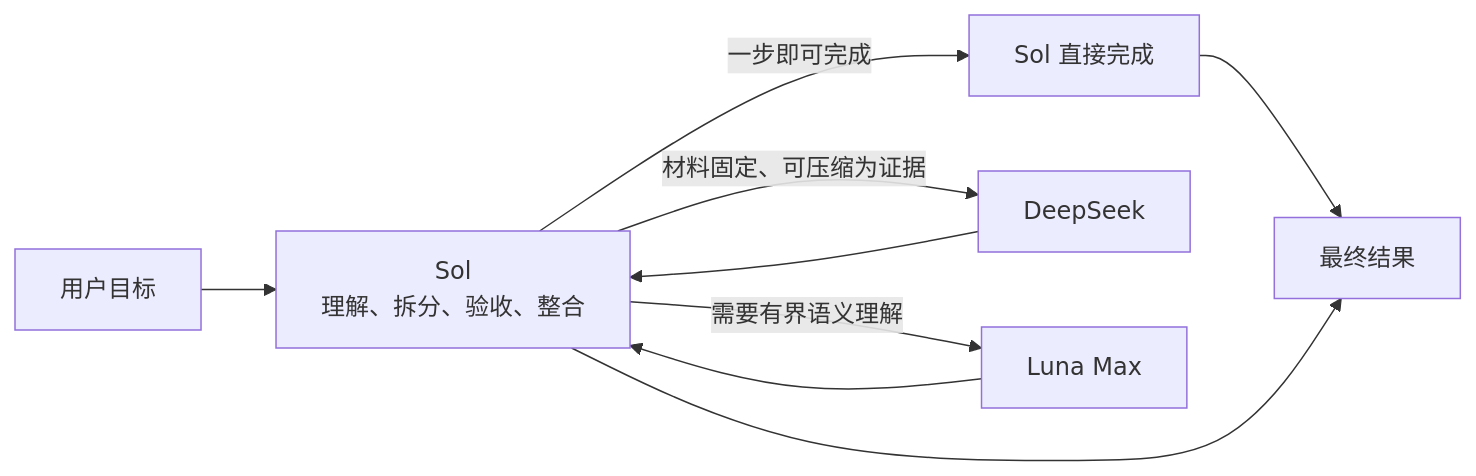
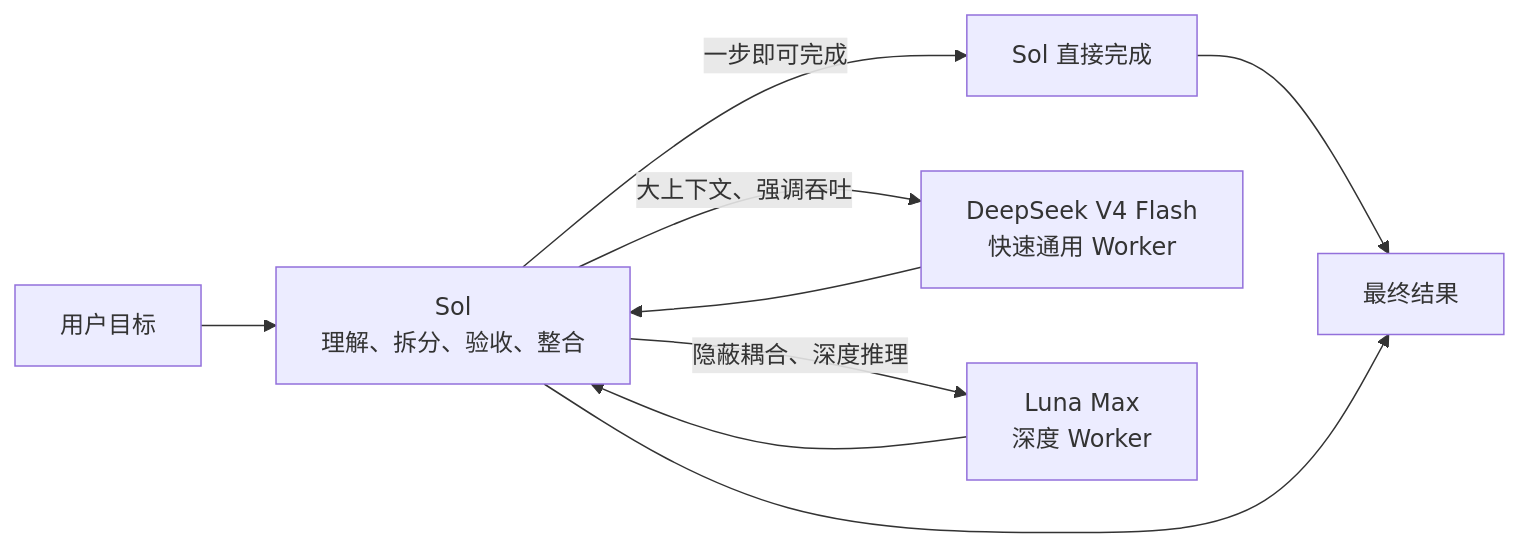
Before and after one commit to liuyejinghong/sol-worker-routing-codex: the diagram in README.md, drawn with Mermaid. The commit also changed other lines of this file and 10 other files, not shown here.

Commit message:
improve worker leases and DeepSeek routing

````diff
--- a/README.md
+++ b/README.md
@@ -49,11 +49,11 @@
 ```mermaid
 flowchart LR
     U["用户目标"] --> S["Sol<br/>理解、拆分、验收、整合"]
     S -->|"一步即可完成"| D["Sol 直接完成"]
-    S -->|"材料固定、可压缩为证据"| DS["DeepSeek"]
-    S -->|"需要有界语义理解"| L["Luna Max"]
+    S -->|"大上下文、强调吞吐"| DS["DeepSeek V4 Flash<br/>快速通用 Worker"]
+    S -->|"隐蔽耦合、深度推理"| L["Luna Max<br/>深度 Worker"]
     D --> O["最终结果"]
     DS --> S
     L --> S
     S --> O
 ```
````
